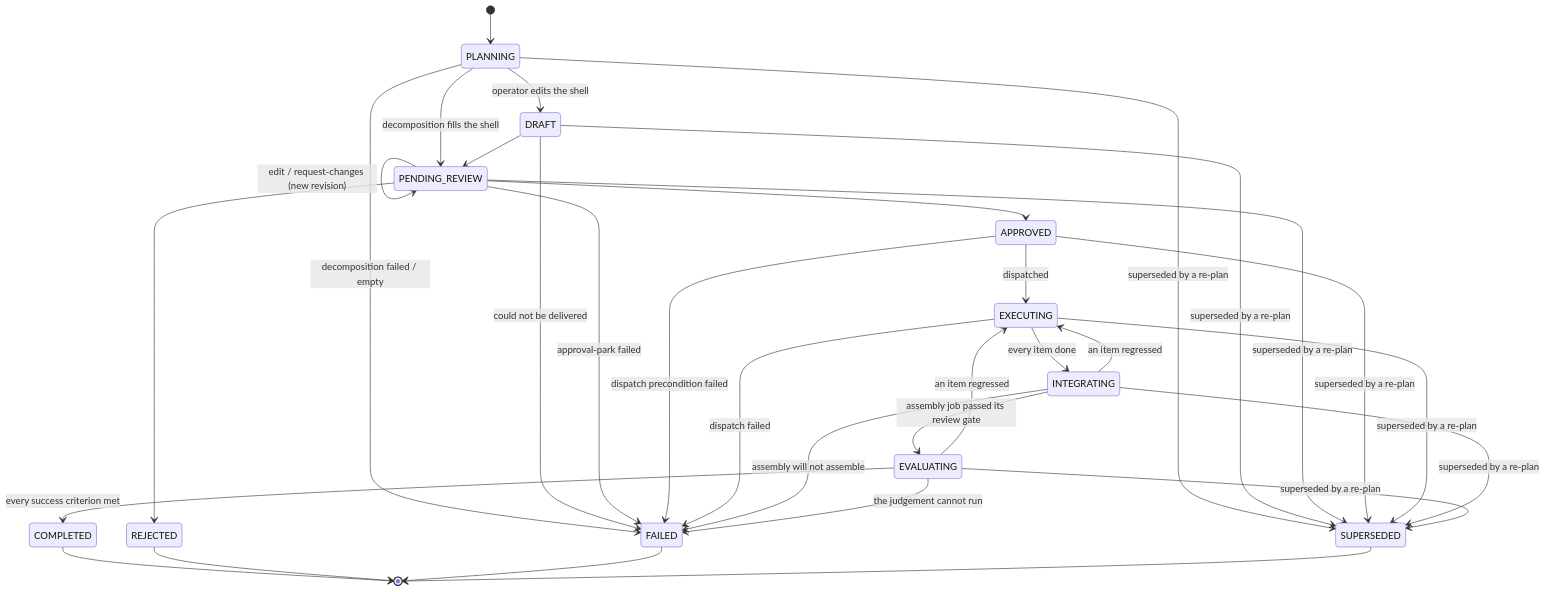
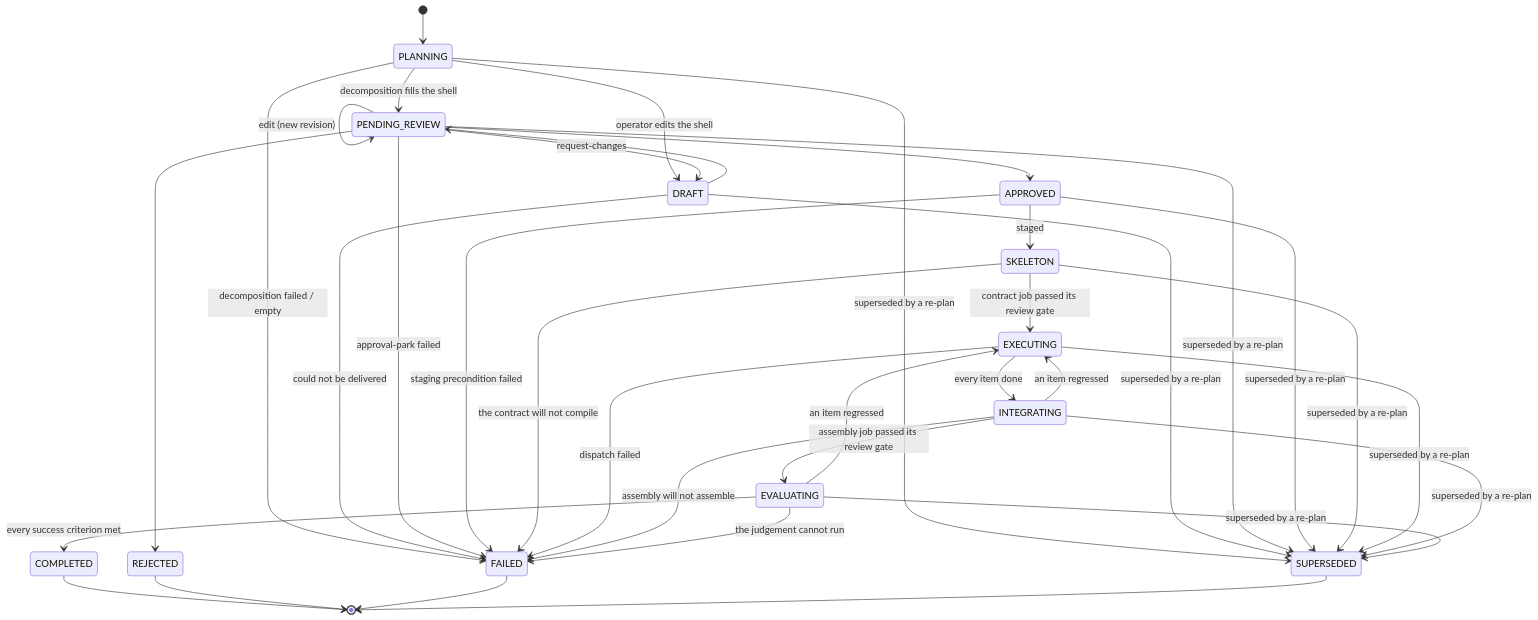
The diagram in docs/design/plan-review.md (Aureliolo/synthorg), drawn with Mermaid before and after one commit. The commit also changed other lines of this file and 108 other files, not shown here.

````diff
--- a/docs/design/plan-review.md
+++ b/docs/design/plan-review.md
@@ -306,34 +306,38 @@
 ```mermaid
 stateDiagram-v2
     [*] --> PLANNING
     PLANNING --> PENDING_REVIEW: decomposition fills the shell
     PLANNING --> DRAFT: operator edits the shell
     PLANNING --> FAILED: decomposition failed / empty
     PLANNING --> SUPERSEDED: superseded by a re-plan
     DRAFT --> PENDING_REVIEW
     DRAFT --> FAILED: could not be delivered
     PENDING_REVIEW --> APPROVED
     PENDING_REVIEW --> REJECTED
     PENDING_REVIEW --> FAILED: approval-park failed
-    PENDING_REVIEW --> PENDING_REVIEW: edit / request-changes (new revision)
+    PENDING_REVIEW --> DRAFT: request-changes
+    PENDING_REVIEW --> PENDING_REVIEW: edit (new revision)
     DRAFT --> SUPERSEDED: superseded by a re-plan
     PENDING_REVIEW --> SUPERSEDED: superseded by a re-plan
-    APPROVED --> EXECUTING: dispatched
-    APPROVED --> FAILED: dispatch precondition failed
+    APPROVED --> SKELETON: staged
+    APPROVED --> FAILED: staging precondition failed
     APPROVED --> SUPERSEDED: superseded by a re-plan
+    SKELETON --> EXECUTING: contract job passed its review gate
+    SKELETON --> FAILED: the contract will not compile
+    SKELETON --> SUPERSEDED: superseded by a re-plan
     EXECUTING --> INTEGRATING: every item done
     EXECUTING --> FAILED: dispatch failed
     EXECUTING --> SUPERSEDED: superseded by a re-plan
     INTEGRATING --> EVALUATING: assembly job passed its review gate
     INTEGRATING --> EXECUTING: an item regressed
     INTEGRATING --> SUPERSEDED: superseded by a re-plan
     INTEGRATING --> FAILED: assembly will not assemble
     EVALUATING --> COMPLETED: every success criterion met
     EVALUATING --> EXECUTING: an item regressed
     EVALUATING --> SUPERSEDED: superseded by a re-plan
     EVALUATING --> FAILED: the judgement cannot run
     COMPLETED --> [*]
     REJECTED --> [*]
     FAILED --> [*]
     SUPERSEDED --> [*]
 ```
````
